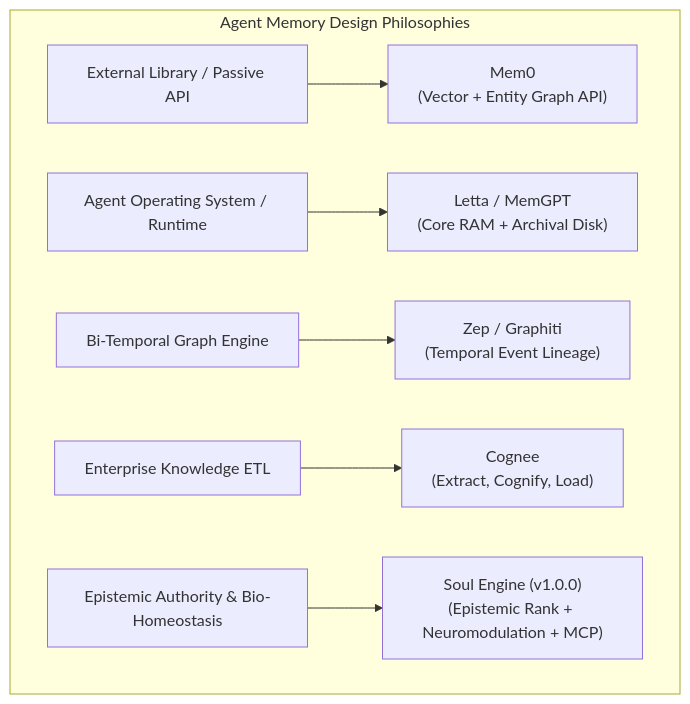
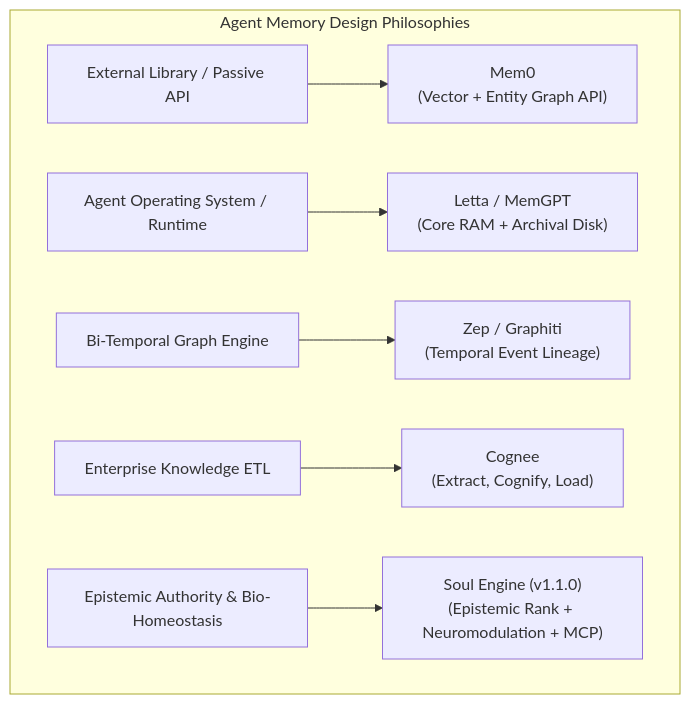
One commit to Azhonaras/soul-engine changed the diagram in docs/SOTA_COMPARISON.md. Above: the diagram before and after it, drawn with Mermaid. The commit also changed other lines of this file and 8 other files, not shown here.

Commit message:
docs: formalize Azhonaras as Lead Architect and Antigravity as Co-author for v1.1.0 release

````diff
--- a/docs/SOTA_COMPARISON.md
+++ b/docs/SOTA_COMPARISON.md
@@ -9,10 +9,10 @@
 ```mermaid
 graph TD
     subgraph TAXONOMY [" Agent Memory Design Philosophies "]
         A["External Library / Passive API"] --> Mem0["Mem0<br/>(Vector + Entity Graph API)"]
         B["Agent Operating System / Runtime"] --> Letta["Letta / MemGPT<br/>(Core RAM + Archival Disk)"]
         C["Bi-Temporal Graph Engine"] --> Zep["Zep / Graphiti<br/>(Temporal Event Lineage)"]
         D["Enterprise Knowledge ETL"] --> Cognee["Cognee<br/>(Extract, Cognify, Load)"]
-        E["Epistemic Authority & Bio-Homeostasis"] --> Soul["Soul Engine (v1.0.0)<br/>(Epistemic Rank + Neuromodulation + MCP)"]
+        E["Epistemic Authority & Bio-Homeostasis"] --> Soul["Soul Engine (v1.1.0)<br/>(Epistemic Rank + Neuromodulation + MCP)"]
     end
 ```
````
